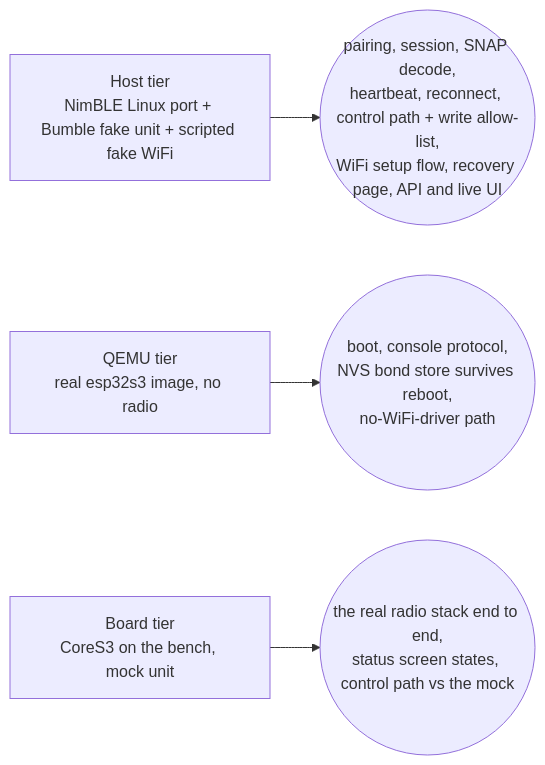
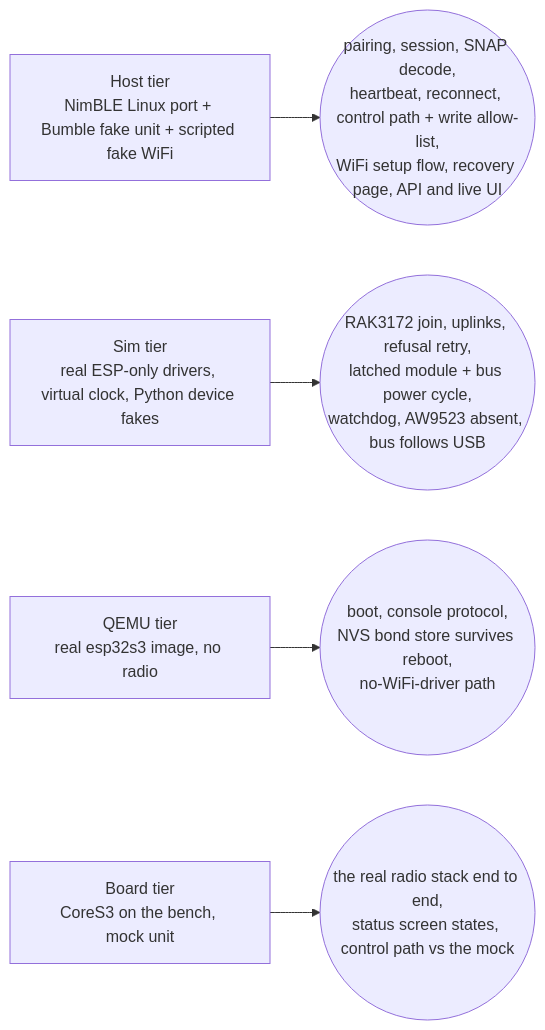
One commit to ckeller42/open-california changed the first of 3 diagrams in docs/firmware.md. Above: the diagram before and after it, drawn with Mermaid. The commit also changed other lines of this file and 23 other files, not shown here.

First line of the commit message:
Firmware sim tier: run the real lora_esp.c against a fake RAK3172 + AW9523

````diff
--- a/docs/firmware.md
+++ b/docs/firmware.md
@@ -49,6 +49,7 @@
 ```mermaid
 flowchart LR
   H["Host tier<br/>NimBLE Linux port + Bumble fake unit + scripted fake WiFi"] --> HP(("pairing, session, SNAP decode,<br/>heartbeat, reconnect, control path + write allow-list,<br/>WiFi setup flow, recovery page, API and live UI"))
+  S["Sim tier<br/>real ESP-only drivers, virtual clock, Python device fakes"] --> SP(("RAK3172 join, uplinks, refusal retry,<br/>latched module + bus power cycle,<br/>watchdog, AW9523 absent, bus follows USB"))
   Q["QEMU tier<br/>real esp32s3 image, no radio"] --> QP(("boot, console protocol,<br/>NVS bond store survives reboot,<br/>no-WiFi-driver path"))
   B["Board tier<br/>CoreS3 on the bench, mock unit"] --> BP(("the real radio stack end to end,<br/>status screen states, control path vs the mock"))
 ```
````
